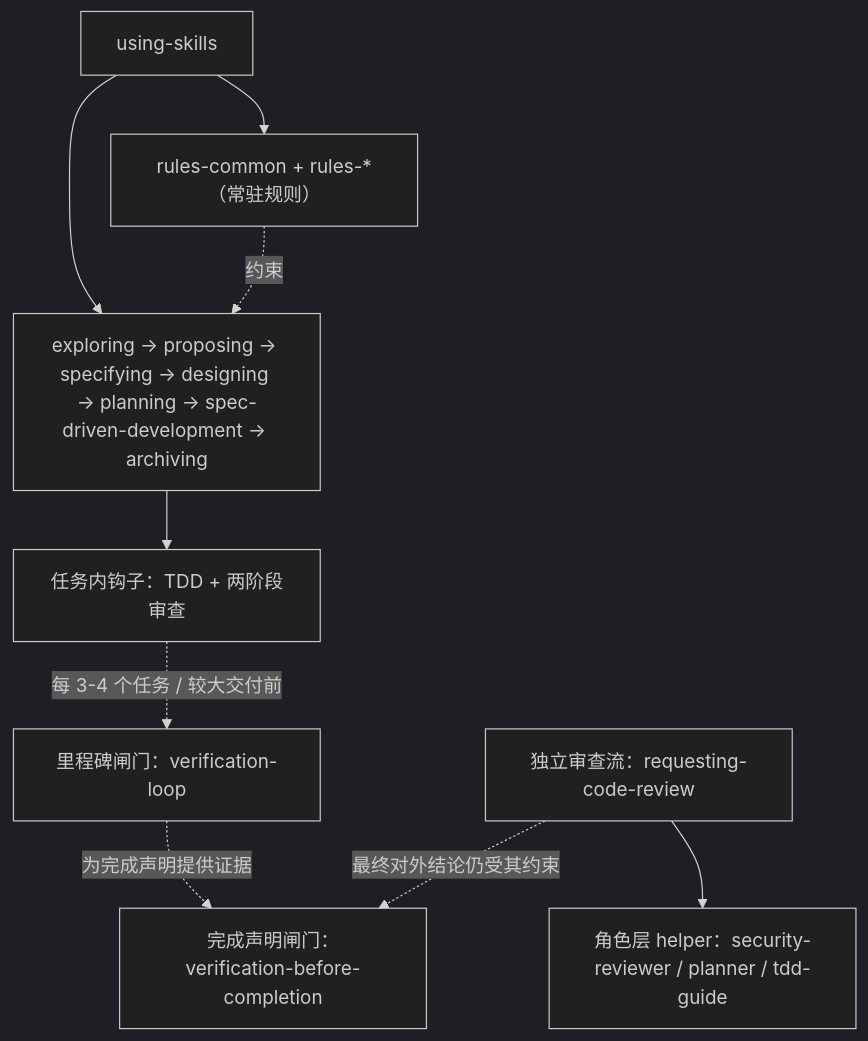
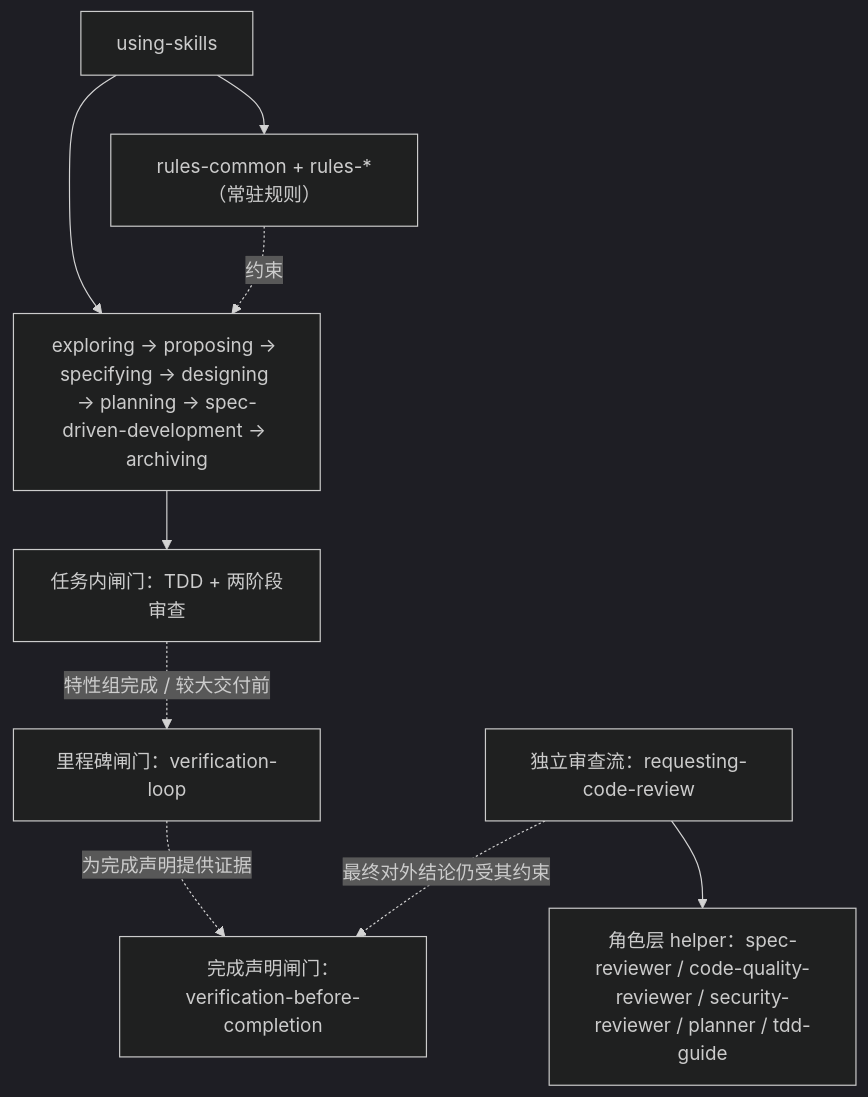
One commit to NSObjects/specpowers changed the second of 2 diagrams in README.zh-CN.md. Above: the diagram before and after it, drawn with Mermaid (dark theme). The commit also changed other lines of this file and 28 other files, not shown here.

````diff
--- a/README.zh-CN.md
+++ b/README.zh-CN.md
@@ -142,20 +142,20 @@
 ```mermaid
 flowchart TD
   using["using-skills"]
   rules["rules-common + rules-*（常驻规则）"]
   workflow["exploring → proposing → specifying → designing → planning → spec-driven-development → archiving"]
-  task["任务内钩子：TDD + 两阶段审查"]
+  task["任务内闸门：TDD + 两阶段审查"]
   milestone["里程碑闸门：verification-loop"]
   completion["完成声明闸门：verification-before-completion"]
   review["独立审查流：requesting-code-review"]
-  roles["角色层 helper：security-reviewer / planner / tdd-guide"]
+  roles["角色层 helper：spec-reviewer / code-quality-reviewer / security-reviewer / planner / tdd-guide"]
 
   using --> rules
   using --> workflow
   rules -. 约束 .-> workflow
   workflow --> task
-  task -. 每 3-4 个任务 / 较大交付前 .-> milestone
+  task -. 特性组完成 / 较大交付前 .-> milestone
   milestone -. 为完成声明提供证据 .-> completion
   review --> roles
   review -. 最终对外结论仍受其约束 .-> completion
 ```
````
